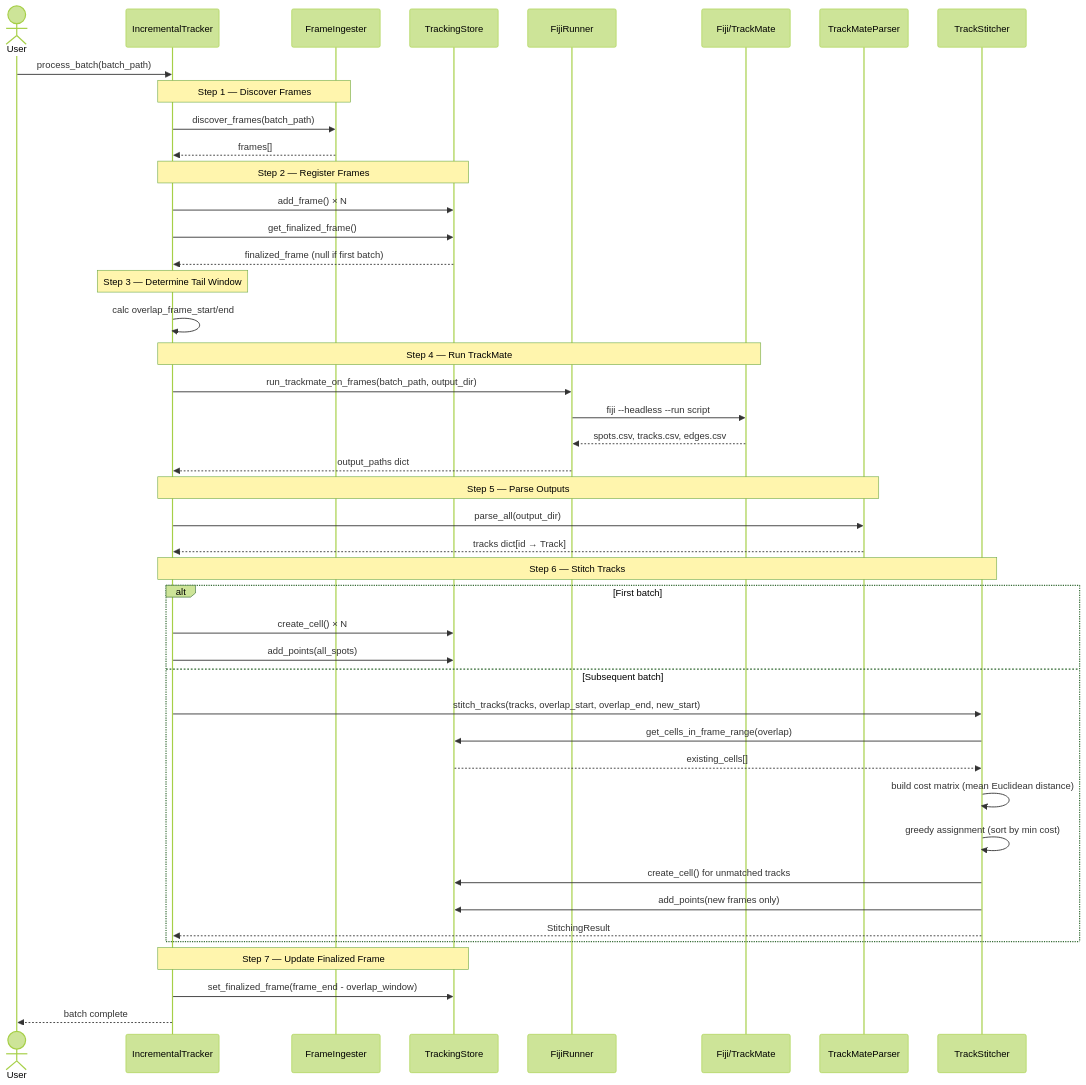
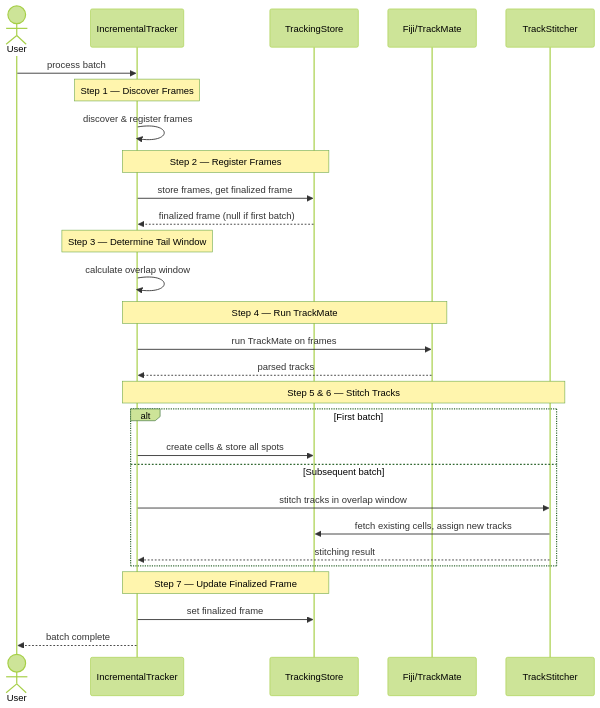
One commit to BlueRogue12/oncoTrack changed the fourth of 5 diagrams in docs/UML_DIAGRAMS.md. Above: the diagram before and after it, drawn with Mermaid (forest theme). The commit also changed other lines of this file and 1 other file, not shown here.

````diff
--- a/docs/UML_DIAGRAMS.md
+++ b/docs/UML_DIAGRAMS.md
@@ -307,55 +291,38 @@
 ```mermaid
 sequenceDiagram
     actor User
     participant ORC as IncrementalTracker
-    participant FI as FrameIngester
     participant DB as TrackingStore
-    participant FR as FijiRunner
     participant TM as Fiji/TrackMate
-    participant TMP as TrackMateParser
     participant TS as TrackStitcher
 
-    User->>ORC: process_batch(batch_path)
+    User->>ORC: process batch
 
-    Note over ORC,FI: Step 1 — Discover Frames
-    ORC->>FI: discover_frames(batch_path)
-    FI-->>ORC: frames[]
+    Note over ORC: Step 1 — Discover Frames
+    ORC->>ORC: discover & register frames
 
     Note over ORC,DB: Step 2 — Register Frames
-    ORC->>DB: add_frame() × N
-    ORC->>DB: get_finalized_frame()
-    DB-->>ORC: finalized_frame (null if first batch)
+    ORC->>DB: store frames, get finalized frame
+    DB-->>ORC: finalized frame (null if first batch)
 
     Note over ORC: Step 3 — Determine Tail Window
-    ORC->>ORC: calc overlap_frame_start/end
+    ORC->>ORC: calculate overlap window
 
     Note over ORC,TM: Step 4 — Run TrackMate
-    ORC->>FR: run_trackmate_on_frames(batch_path, output_dir)
-    FR->>TM: fiji --headless --run script
-    TM-->>FR: spots.csv, tracks.csv, edges.csv
-    FR-->>ORC: output_paths dict
+    ORC->>TM: run TrackMate on frames
+    TM-->>ORC: parsed tracks
 
-    Note over ORC,TMP: Step 5 — Parse Outputs
-    ORC->>TMP: parse_all(output_dir)
-    TMP-->>ORC: tracks dict[id → Track]
-
-    Note over ORC,TS: Step 6 — Stitch Tracks
+    Note over ORC,TS: Step 5 & 6 — Stitch Tracks
     alt First batch
-        ORC->>DB: create_cell() × N
-        ORC->>DB: add_points(all_spots)
+        ORC->>DB: create cells & store all spots
     else Subsequent batch
-        ORC->>TS: stitch_tracks(tracks, overlap_start, overlap_end, new_start)
-        TS->>DB: get_cells_in_frame_range(overlap)
-        DB-->>TS: existing_cells[]
-        TS->>TS: build cost matrix (mean Euclidean distance)
-        TS->>TS: greedy assignment (sort by min cost)
-        TS->>DB: create_cell() for unmatched tracks
-        TS->>DB: add_points(new frames only)
-        TS-->>ORC: StitchingResult
+        ORC->>TS: stitch tracks in overlap window
+        TS->>DB: fetch existing cells, assign new tracks
+        TS-->>ORC: stitching result
     end
 
     Note over ORC,DB: Step 7 — Update Finalized Frame
-    ORC->>DB: set_finalized_frame(frame_end - overlap_window)
+    ORC->>DB: set finalized frame
 
     ORC-->>User: batch complete
 ```
````
